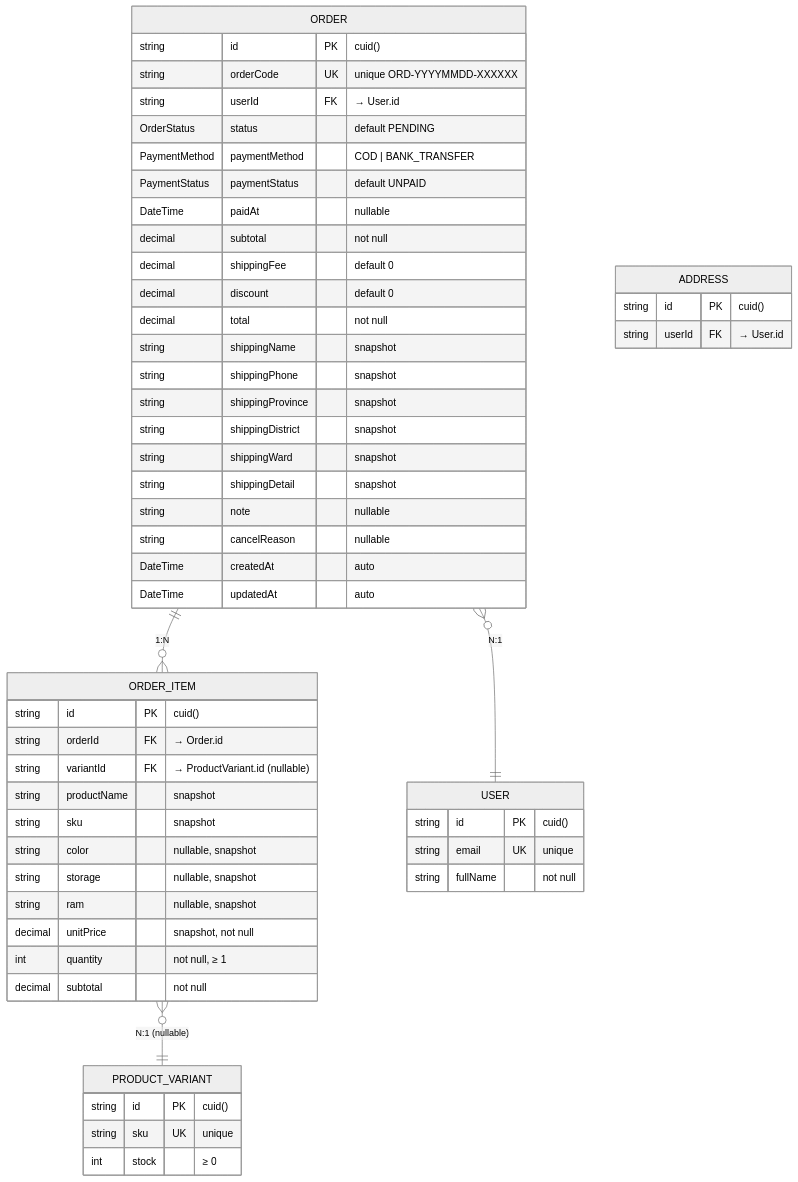
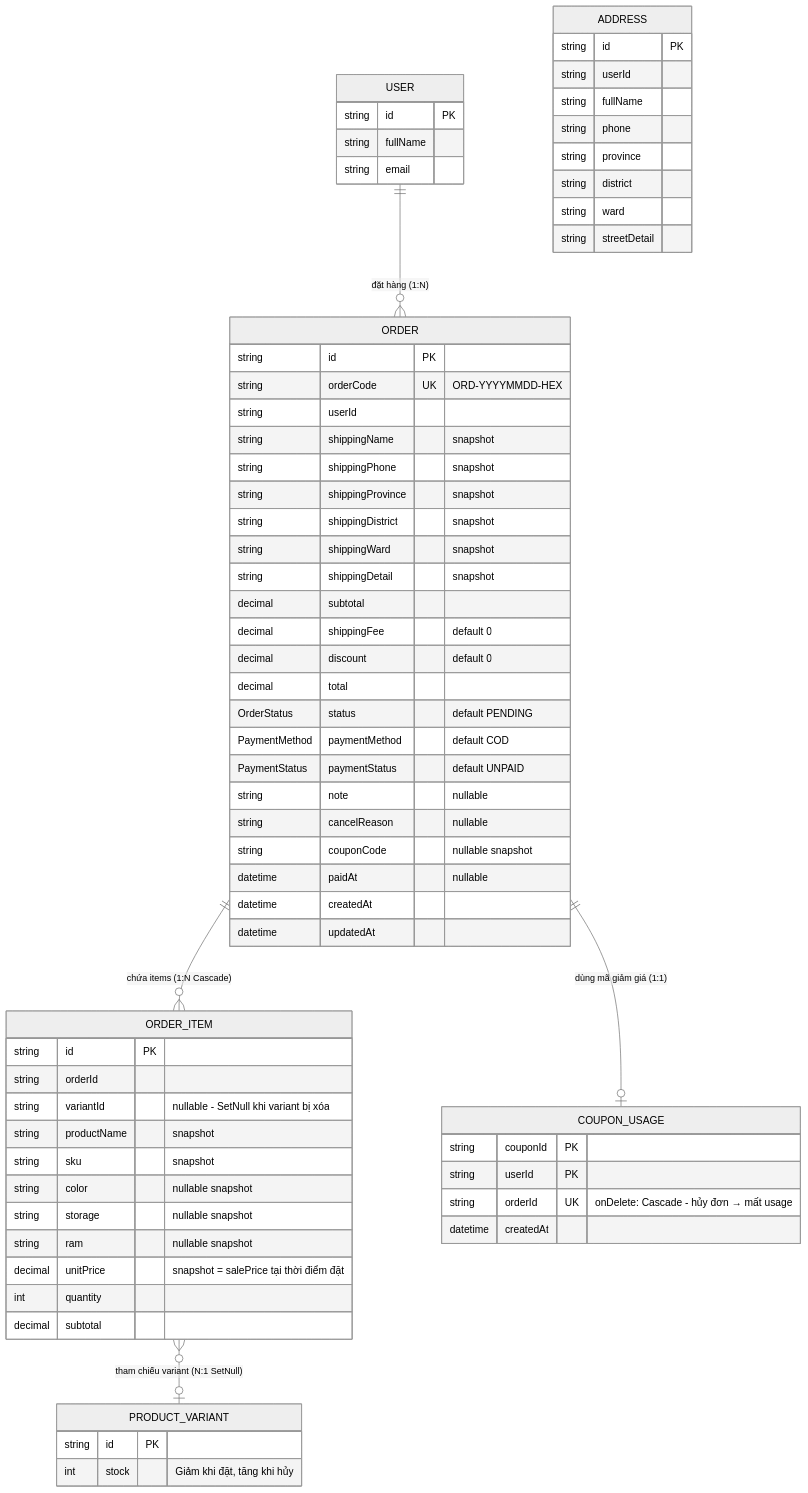
One commit to phamvinh203/mobivexa changed the diagram in docs/Order/ERD.md. Above: the diagram before and after it, drawn with Mermaid (neutral theme). The commit also changed other lines of this file and 79 other files, not shown here.

Commit message:
📜 Add documentation for Inventory and Favorite modules including Use Cases, API Specifications, and Activity Diagrams

````diff
--- a/docs/Order/ERD.md
+++ b/docs/Order/ERD.md
@@ -13,71 +11,75 @@
 ```mermaid
 erDiagram
+    USER {
+        string  id       PK
+        string  fullName
+        string  email
+    }
+
+    ADDRESS {
+        string id       PK
+        string userId
+        string fullName
+        string phone
+        string province
+        string district
+        string ward
+        string streetDetail
+    }
+
     ORDER {
-        string   id              PK  "cuid()"
-        string   orderCode       UK  "unique ORD-YYYYMMDD-XXXXXX"
-        string   userId          FK  "→ User.id"
-        OrderStatus status          "default PENDING"
-        PaymentMethod paymentMethod  "COD | BANK_TRANSFER"
-        PaymentStatus paymentStatus  "default UNPAID"
-        DateTime paidAt             "nullable"
-        decimal  subtotal            "not null"
-        decimal  shippingFee        "default 0"
-        decimal  discount           "default 0"
-        decimal  total               "not null"
-        string   shippingName        "snapshot"
-        string   shippingPhone       "snapshot"
-        string   shippingProvince    "snapshot"
-        string   shippingDistrict    "snapshot"
-        string   shippingWard        "snapshot"
-        string   shippingDetail      "snapshot"
-        string   note                "nullable"
-        string   cancelReason        "nullable"
-        DateTime createdAt           "auto"
-        DateTime updatedAt           "auto"
+        string        id              PK
+        string        orderCode       UK "ORD-YYYYMMDD-HEX"
+        string        userId
+        string        shippingName    "snapshot"
+        string        shippingPhone   "snapshot"
+        string        shippingProvince "snapshot"
+        string        shippingDistrict "snapshot"
+        string        shippingWard    "snapshot"
+        string        shippingDetail  "snapshot"
+        decimal       subtotal
+        decimal       shippingFee     "default 0"
+        decimal       discount        "default 0"
+        decimal       total
+        OrderStatus   status          "default PENDING"
+        PaymentMethod paymentMethod   "default COD"
+        PaymentStatus paymentStatus   "default UNPAID"
+        string        note            "nullable"
+        string        cancelReason    "nullable"
+        string        couponCode      "nullable snapshot"
+        datetime      paidAt          "nullable"
+        datetime      createdAt
+        datetime      updatedAt
     }
 
     ORDER_ITEM {
-        string   id          PK  "cuid()"
-        string   orderId     FK  "→ Order.id"
-        string   variantId   FK  "→ ProductVariant.id (nullable)"
-        string   productName     "snapshot"
-        string   sku             "snapshot"
-        string   color           "nullable, snapshot"
-        string   storage         "nullable, snapshot"
-        string   ram             "nullable, snapshot"
-        decimal  unitPrice       "snapshot, not null"
-        int      quantity        "not null, ≥ 1"
-        decimal  subtotal        "not null"
+        string  id          PK
+        string  orderId
+        string  variantId   "nullable - SetNull khi variant bị xóa"
+        string  productName "snapshot"
+        string  sku         "snapshot"
+        string  color       "nullable snapshot"
+        string  storage     "nullable snapshot"
+        string  ram         "nullable snapshot"
+        decimal unitPrice   "snapshot = salePrice tại thời điểm đặt"
+        int     quantity
+        decimal subtotal
     }
 
-    USER {
-        string   id    PK  "cuid()"
-        string   email UK  "unique"
-        string   fullName   "not null"
-        %% ... other fields
-    }
-
-    ADDRESS {
-        string   id       PK  "cuid()"
-        string   userId   FK  "→ User.id"
-        %% ... other fields
+    COUPON_USAGE {
+        string   couponId  PK
+        string   userId    PK
+        string   orderId   UK "onDelete: Cascade - hủy đơn → mất usage"
+        datetime createdAt
     }
 
     PRODUCT_VARIANT {
-        string   id      PK  "cuid()"
-        string   sku     UK  "unique"
-        int      stock       "≥ 0"
-        %% ... other fields
+        string  id    PK
+        int     stock "Giảm khi đặt, tăng khi hủy"
     }
 
-    %% Order belongs to User
-    ORDER }o--|| USER : "N:1"
-
-    %% Order has many OrderItems
-    ORDER ||--o{ ORDER_ITEM : "1:N"
-
-    %% OrderItem optionally references ProductVariant
-    ORDER_ITEM }o--|| PRODUCT_VARIANT : "N:1 (nullable)"
-
-    %% Note: Address is read-only, no FK in Order (snapshot data)
+    USER          ||--o{ ORDER         : "đặt hàng (1:N)"
+    ORDER         ||--o{ ORDER_ITEM    : "chứa items (1:N Cascade)"
+    ORDER_ITEM    }o--o| PRODUCT_VARIANT : "tham chiếu variant (N:1 SetNull)"
+    ORDER         ||--o| COUPON_USAGE  : "dùng mã giảm giá (1:1)"
 ```
````
